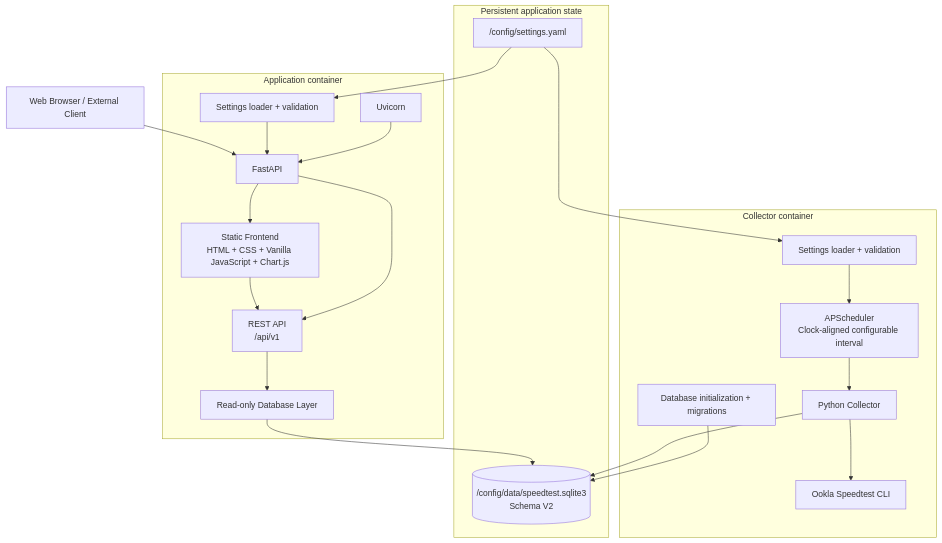
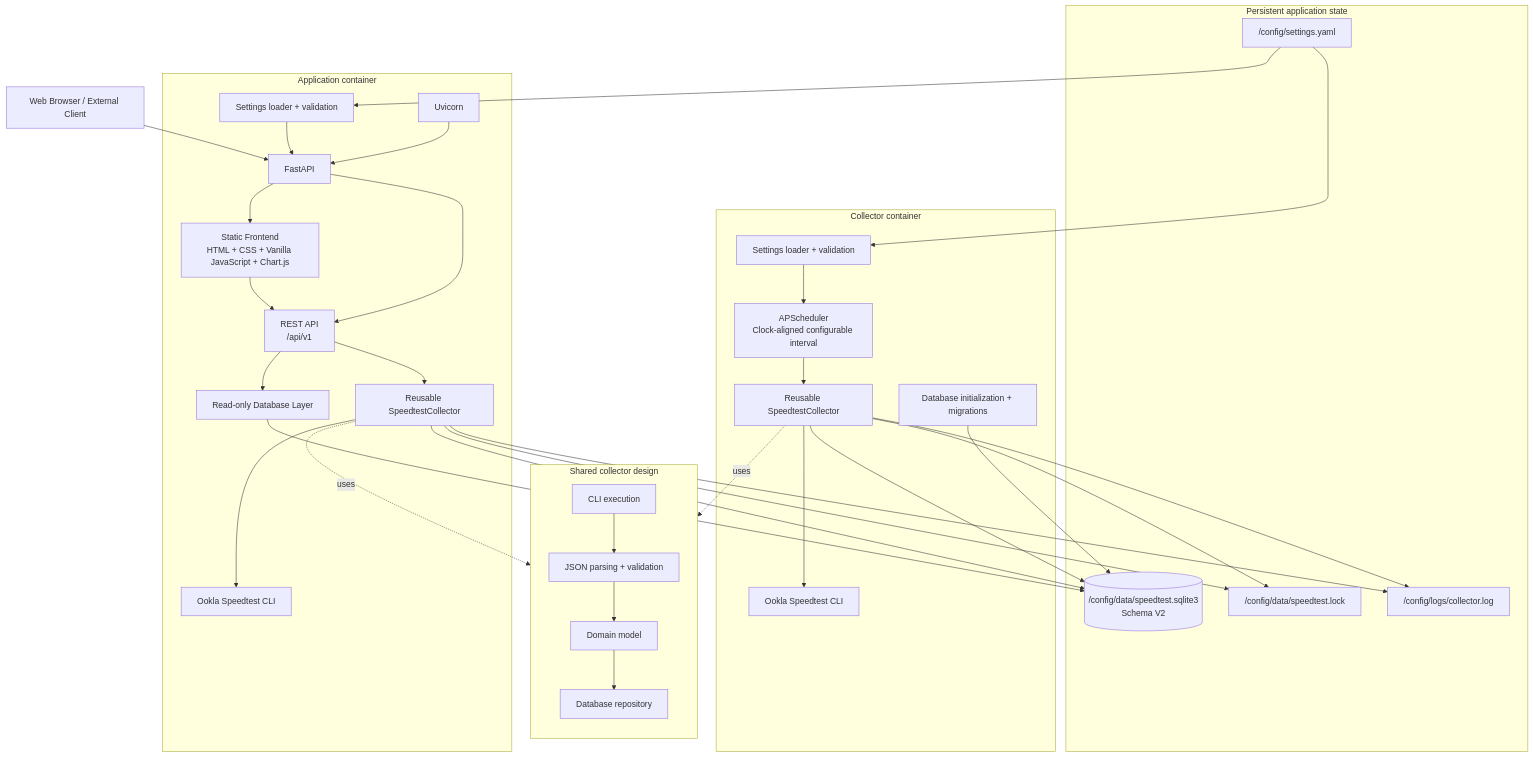
The first of 2 diagrams in README.md (cristianCanek/speed_test), drawn with Mermaid before and after one commit. The commit also changed other lines of this file and 2 other files, not shown here.

````diff
--- a/README.md
+++ b/README.md
@@ -119,46 +130,75 @@
 ```mermaid
 flowchart TB
-    Browser["Web Browser / External Client"]
+
+    subgraph SharedCollector["Shared collector design"]
+    direction TB
+        CliLayer["CLI execution"]
+        Parser["JSON parsing + validation"]
+        Domain["Domain model"]
+        Repository["Database repository"]
+
+        CliLayer --> Parser
+        Parser --> Domain
+        Domain --> Repository
+    end
+
+    subgraph CollectorContainer["Collector container"]
+        CollectorSettings["Settings loader + validation"]
+        DBInit["Database initialization + migrations"]
+        Scheduler["APScheduler<br/>Clock-aligned configurable interval"]
+        ScheduledCollector["Reusable SpeedtestCollector"]
+        CollectorOokla["Ookla Speedtest CLI"]
+
+        CollectorSettings --> Scheduler
+        Scheduler --> ScheduledCollector
+        ScheduledCollector --> CollectorOokla
+    end
+
+    subgraph PersistentState["Persistent application state"]
+        Config["/config/settings.yaml"]
+        SQLite[("/config/data/speedtest.sqlite3<br/>Schema V2")]
+        Lock["/config/data/speedtest.lock"]
+        Log["/config/logs/collector.log"]
+    end
 
     subgraph ApplicationContainer["Application container"]
         AppSettings["Settings loader + validation"]
         Uvicorn["Uvicorn"]
         FastAPI["FastAPI"]
         Frontend["Static Frontend<br/>HTML + CSS + Vanilla JavaScript + Chart.js"]
         API["REST API<br/>/api/v1"]
-        Database["Read-only Database Layer"]
+        ReadDB["Read-only Database Layer"]
+        APICollector["Reusable SpeedtestCollector"]
+        AppOokla["Ookla Speedtest CLI"]
 
         Uvicorn --> FastAPI
         FastAPI --> Frontend
         FastAPI --> API
         AppSettings --> FastAPI
         Frontend --> API
-        API --> Database
+        API --> ReadDB
+        API --> APICollector
+        APICollector --> AppOokla
     end
 
-    subgraph CollectorContainer["Collector container"]
-        CollectorSettings["Settings loader + validation"]
-        Scheduler["APScheduler<br/>Clock-aligned configurable interval"]
-        Collector["Python Collector"]
-        Ookla["Ookla Speedtest CLI"]
-        DBInit["Database initialization + migrations"]
-
-        CollectorSettings --> Scheduler
-        Scheduler --> Collector
-        Collector --> Ookla
-    end
-
-    subgraph PersistentState["Persistent application state"]
-        Config["/config/settings.yaml"]
-        SQLite[("/config/data/speedtest.sqlite3<br/>Schema V2")]
-    end
+    Browser["Web Browser / External Client"]
 
     Browser --> FastAPI
 
     Config --> AppSettings
     Config --> CollectorSettings
 
     DBInit --> SQLite
-    Collector --> SQLite
-    Database --> SQLite
+    ScheduledCollector --> SQLite
+    APICollector --> SQLite
+    ReadDB --> SQLite
+
+    ScheduledCollector --> Lock
+    APICollector --> Lock
+
+    ScheduledCollector -. uses .-> SharedCollector
+    APICollector -. uses .-> SharedCollector
+
+    ScheduledCollector --> Log
+    APICollector --> Log
 ```
````
